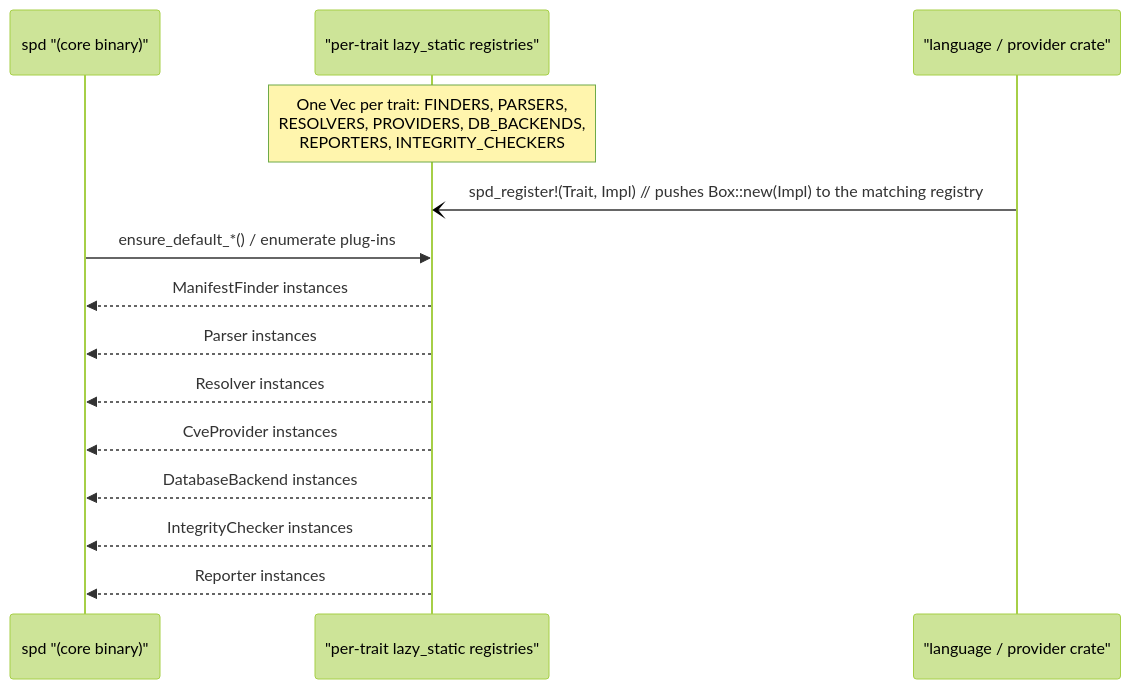
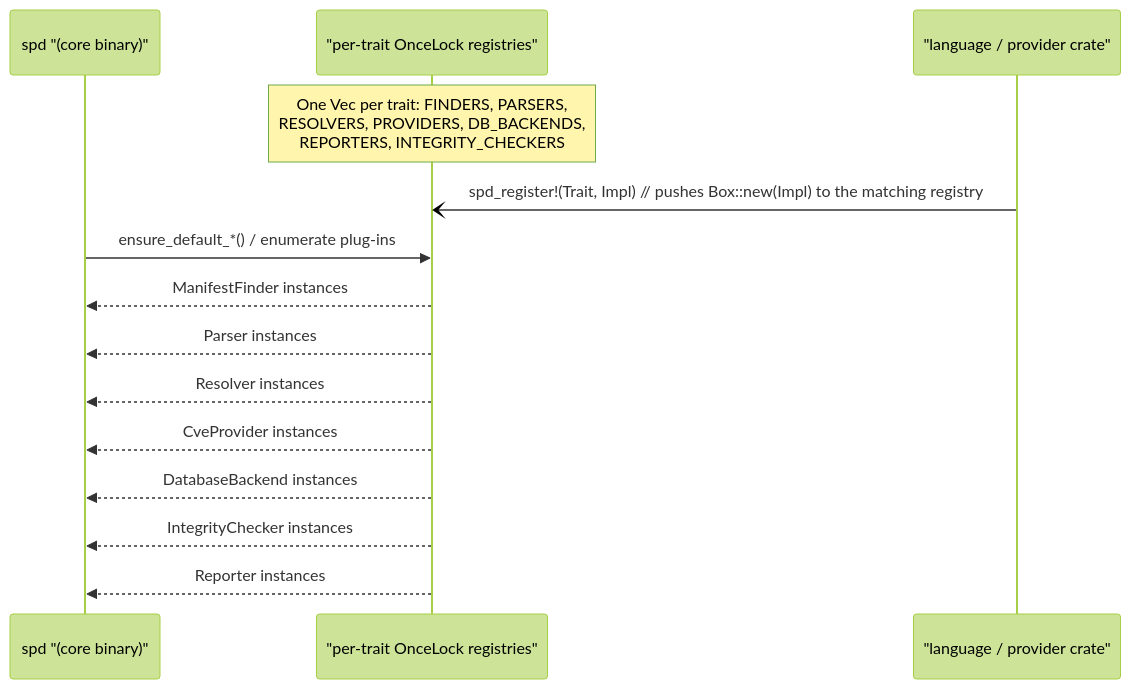
The diagram in architecture/plugin-registration-flow.mmd (verilyze/verilyze), drawn with Mermaid (forest theme) before and after one commit. The commit also changed 7 other files, not shown here.

```diff
--- a/architecture/plugin-registration-flow.mmd
+++ b/architecture/plugin-registration-flow.mmd
@@ -1,19 +1,19 @@
 sequenceDiagram
     participant Core as spd "(core binary)"
-    participant Registries as "per-trait lazy_static registries"
+    participant Registries as "per-trait OnceLock registries"
     participant Plugin as "language / provider crate"
 
     note over Registries: One Vec per trait: FINDERS, PARSERS,<br/>RESOLVERS, PROVIDERS, DB_BACKENDS,<br/>REPORTERS, INTEGRITY_CHECKERS
 
     %% Plug‑in registration (compile-time, one-way)
     Plugin -) Registries: spd_register!(Trait, Impl)  // pushes Box::new(Impl) to the matching registry
 
     %% Runtime start‑up (core reads the compiled registries)
     Core ->> Registries: ensure_default_*() / enumerate plug‑ins
     Registries -->> Core: ManifestFinder instances
     Registries -->> Core: Parser instances
     Registries -->> Core: Resolver instances
     Registries -->> Core: CveProvider instances
     Registries -->> Core: DatabaseBackend instances
     Registries -->> Core: IntegrityChecker instances
     Registries -->> Core: Reporter instances
```
